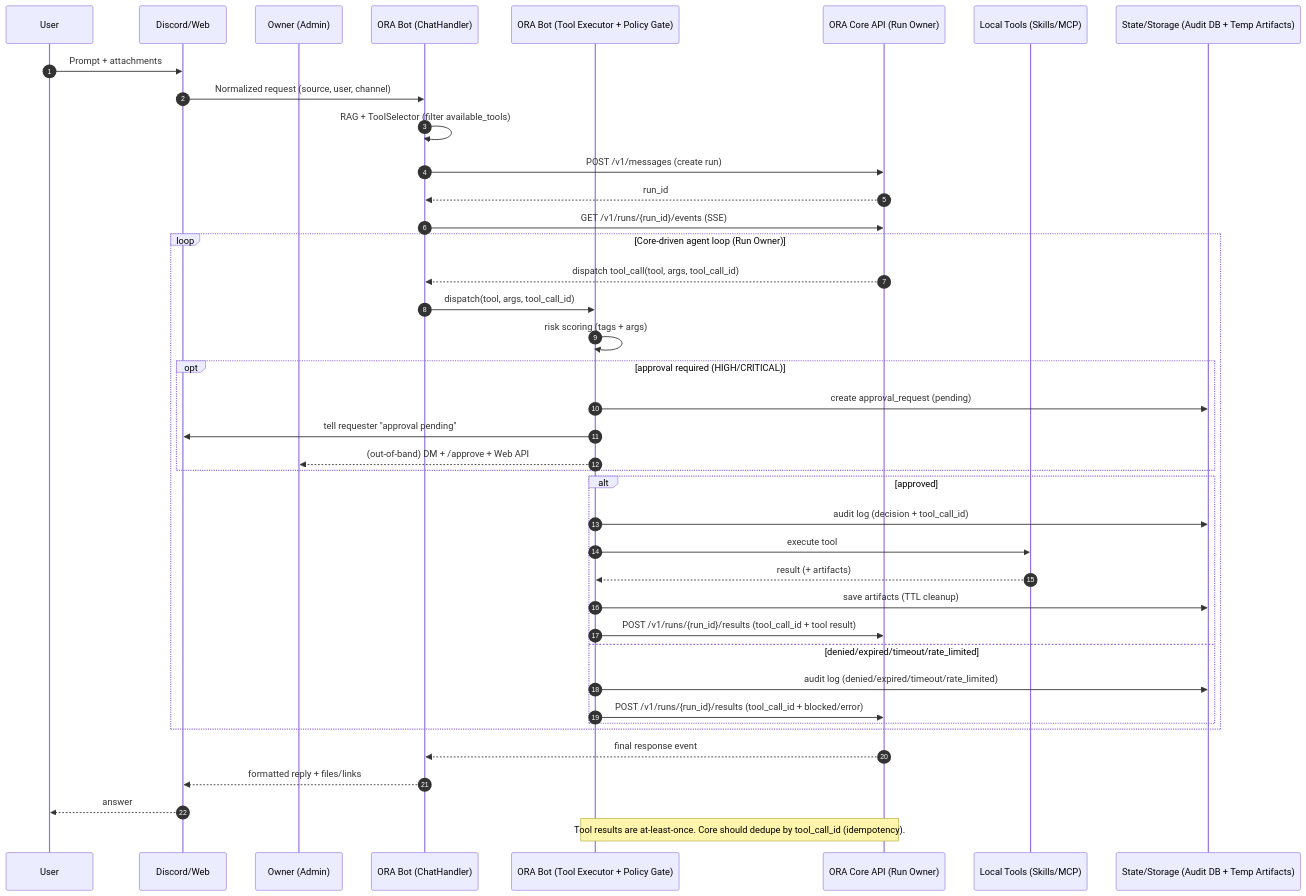
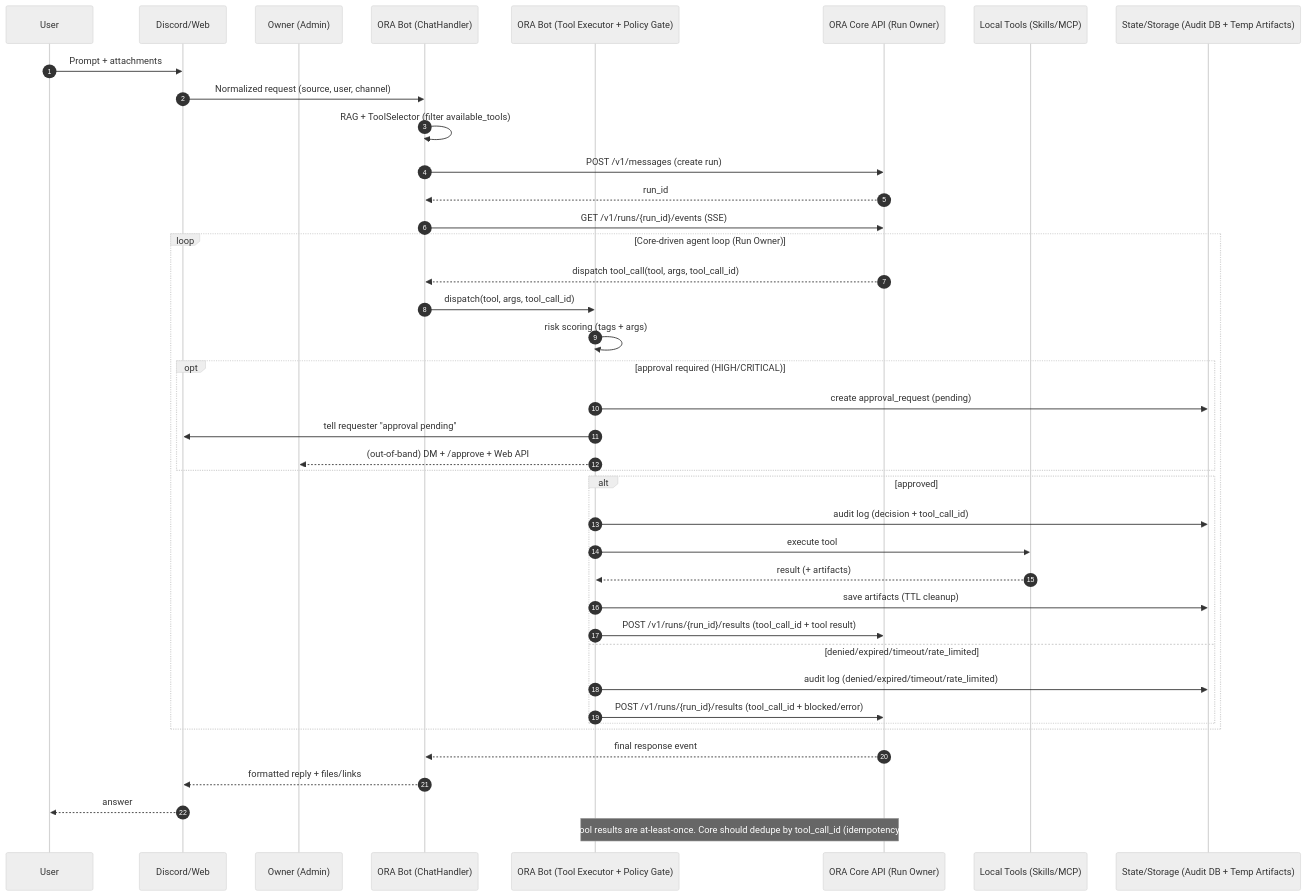
Before and after one commit to YoneRai12/YonerAI: the diagram in README.md, drawn with Mermaid. The commit also changed 4 other files, not shown here.

Commit message:
relay: load .env in relay/node entrypoints; restore neutral mermaid init

````diff
--- a/README.md
+++ b/README.md
@@ -192,46 +192,47 @@
 ```mermaid
+%%{init: {"theme":"neutral"}}%%
 sequenceDiagram
     autonumber
     participant U as User
     participant P as Discord/Web
     participant O as Owner (Admin)
     participant CH as ORA Bot (ChatHandler)
     participant EX as ORA Bot (Tool Executor + Policy Gate)
     participant CORE as ORA Core API (Run Owner)
     participant LT as Local Tools (Skills/MCP)
     participant ST as State/Storage (Audit DB + Temp Artifacts)
 
     U->>P: Prompt + attachments
     P->>CH: Normalized request (source, user, channel)
     CH->>CH: RAG + ToolSelector (filter available_tools)
     CH->>CORE: POST /v1/messages (create run)
     CORE-->>CH: run_id
     CH->>CORE: GET /v1/runs/{run_id}/events (SSE)
 
     loop Core-driven agent loop (Run Owner)
         CORE-->>CH: dispatch tool_call(tool, args, tool_call_id)
         CH->>EX: dispatch(tool, args, tool_call_id)
         EX->>EX: risk scoring (tags + args)
         opt approval required (HIGH/CRITICAL)
             EX->>ST: create approval_request (pending)
             EX->>P: tell requester "approval pending"
             EX-->>O: (out-of-band) DM + /approve + Web API
         end
         alt approved
             EX->>ST: audit log (decision + tool_call_id)
             EX->>LT: execute tool
             LT-->>EX: result (+ artifacts)
             EX->>ST: save artifacts (TTL cleanup)
             EX->>CORE: POST /v1/runs/{run_id}/results (tool_call_id + tool result)
         else denied/expired/timeout/rate_limited
             EX->>ST: audit log (denied/expired/timeout/rate_limited)
             EX->>CORE: POST /v1/runs/{run_id}/results (tool_call_id + blocked/error)
         end
     end
 
     CORE-->>CH: final response event
     CH-->>P: formatted reply + files/links
     P-->>U: answer
 
     Note over EX,CORE: Tool results are at-least-once. Core should dedupe by tool_call_id (idempotency).
 ```
````
